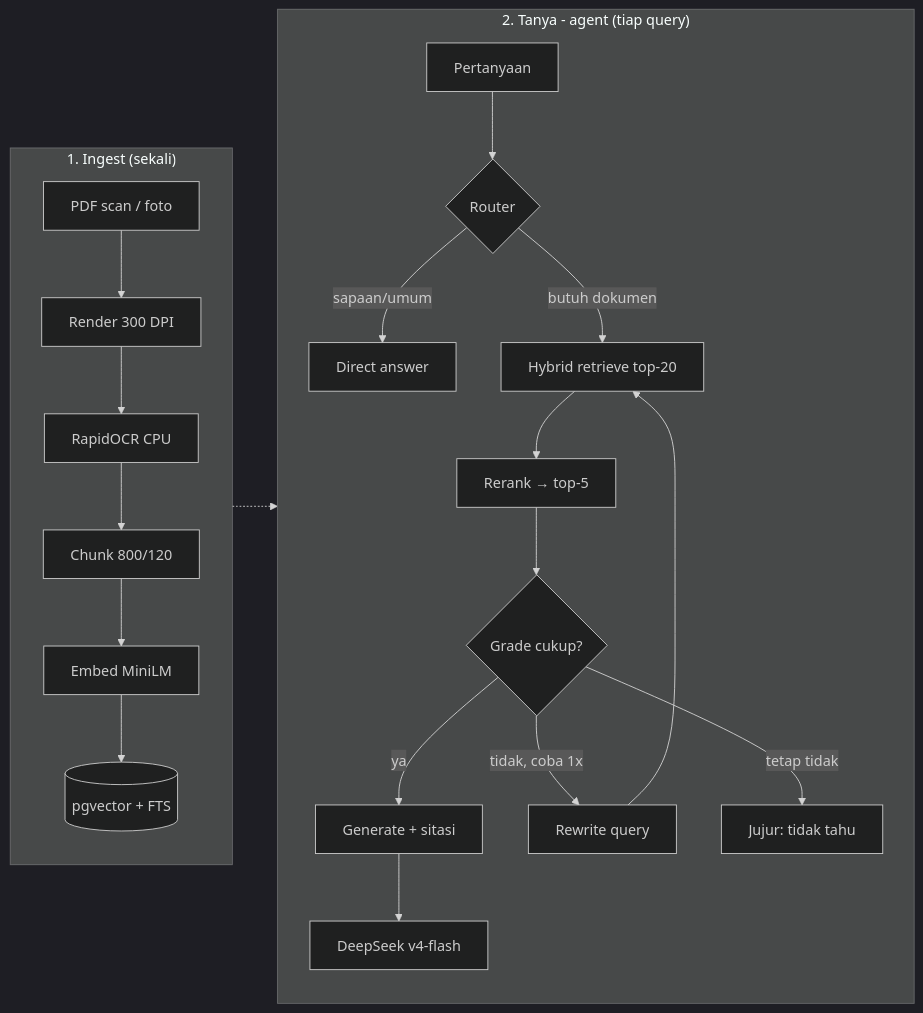
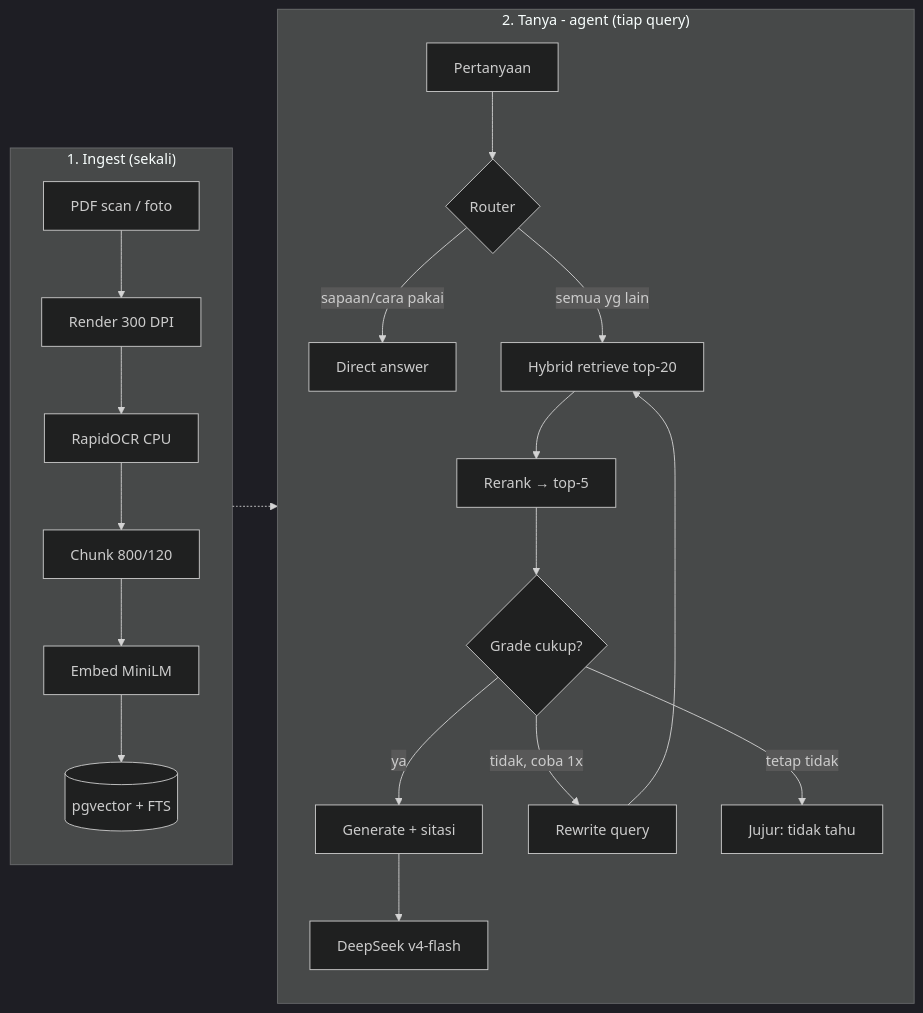
Before and after one commit to adityanuriskandar17/ocr-rag-deepseek-pgvector: the diagram in docs/01-arsitektur.md, drawn with Mermaid (dark theme). The commit also changed other lines of this file and 11 other files, not shown here.

````diff
--- a/docs/01-arsitektur.md
+++ b/docs/01-arsitektur.md
@@ -3,25 +3,25 @@
 ```mermaid
 flowchart LR
     subgraph Ingest["1. Ingest (sekali)"]
         direction TB
         A[PDF scan / foto] --> B[Render 300 DPI]
         B --> C[RapidOCR CPU]
         C --> D[Chunk 800/120]
         D --> E[Embed MiniLM]
         E --> F[(pgvector + FTS)]
     end
     subgraph Query["2. Tanya - agent (tiap query)"]
         direction TB
         G[Pertanyaan] --> R{Router}
-        R -->|sapaan/umum| Z[Direct answer]
-        R -->|butuh dokumen| H[Hybrid retrieve top-20]
+        R -->|sapaan/cara pakai| Z[Direct answer]
+        R -->|semua yg lain| H[Hybrid retrieve top-20]
         H --> RR[Rerank → top-5]
         RR --> GR{Grade cukup?}
         GR -->|ya| I[Generate + sitasi]
         GR -->|tidak, coba 1x| RW[Rewrite query]
         RW --> H
         GR -->|tetap tidak| N[Jujur: tidak tahu]
         I --> J[DeepSeek v4-flash]
     end
     F -.-> H
 ```
````
